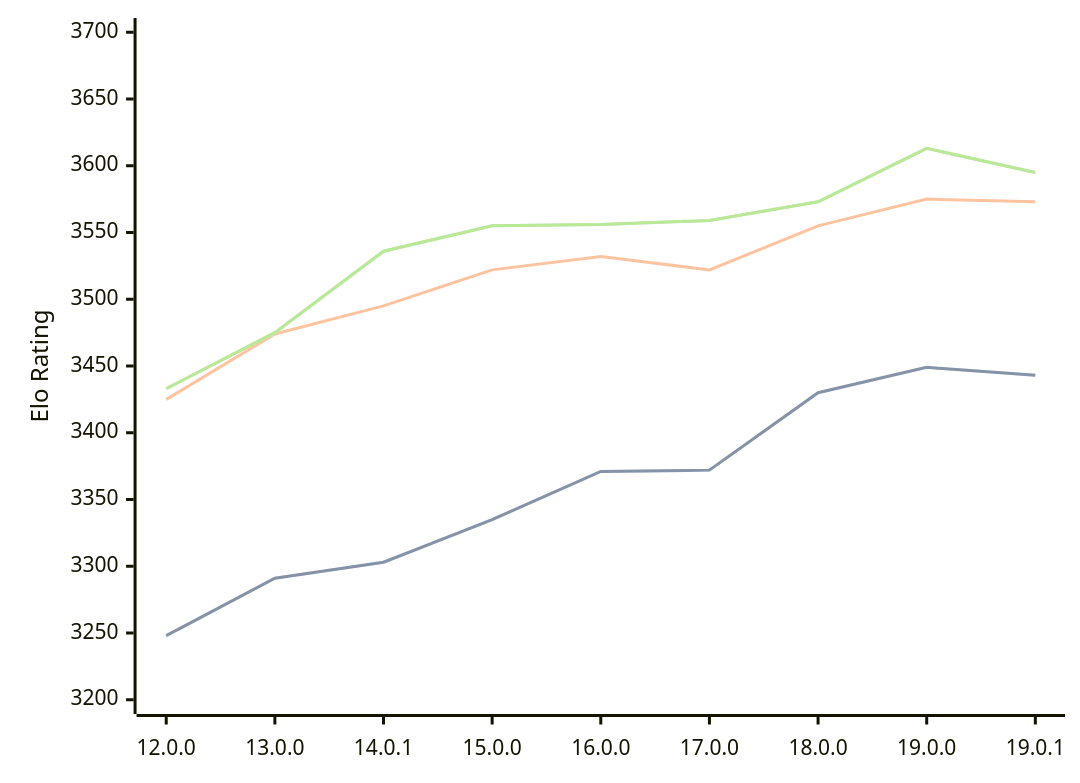
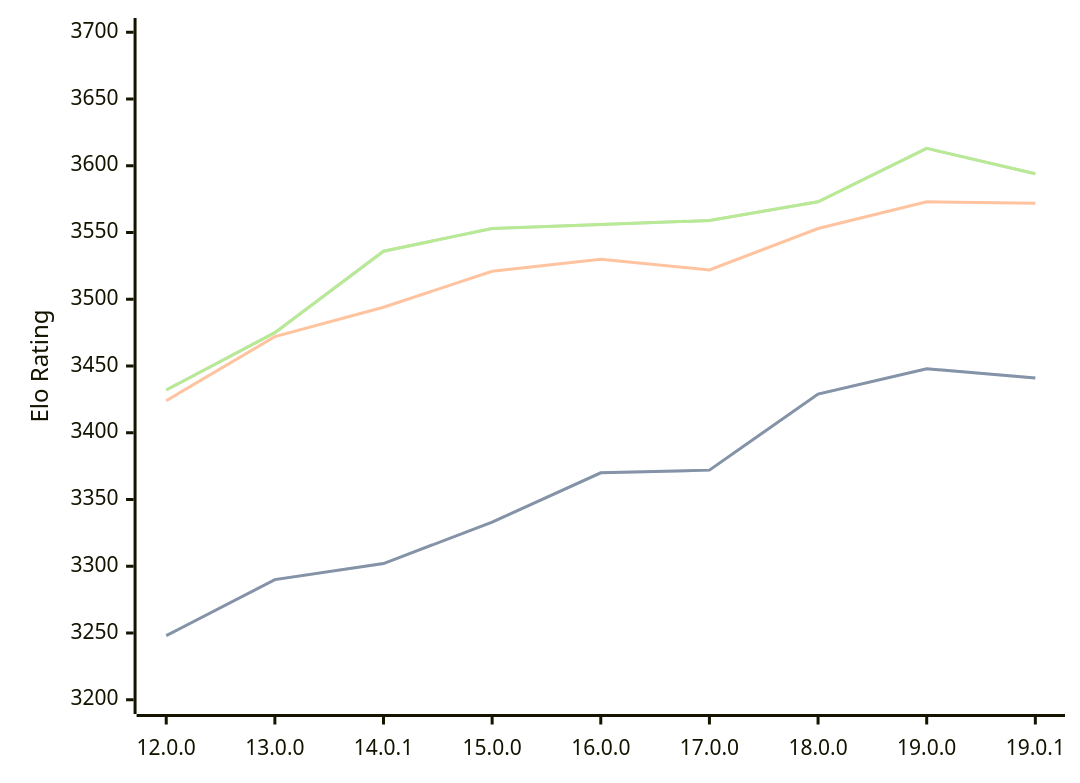
Before and after one commit to computer-chess-index/cci: the diagram in engines/Viridithas.md, drawn with Mermaid. The commit also changed other lines of this file, not shown here.

Commit message:
Update CCI Ratings (ELO VLTC) - 2026-03-07

````diff
--- a/engines/Viridithas.md
+++ b/engines/Viridithas.md
@@ -61,11 +61,11 @@
 ```mermaid
 %%{init: {"theme":"base","themeVariables":{"seriesColors:['#a3a3a3','#222221','#faa371']}}}%%
 xychart-beta
   x-axis ["12.0.0", "13.0.0", "14.0.1", "15.0.0", "16.0.0", "17.0.0", "18.0.0", "19.0.0", "19.0.1"]
   y-axis "Elo Rating" 3200 --> 3700
-  line "STC (8.0+0.08s)" [3248, 3291, 3303, 3335, 3371, 3372, 3430, 3449, 3443]
-  line "STC (8.0+0.08s)" [3248, 3291, 3303, 3335, 3371, 3372, 3430, 3449, 3443]
-  line "LTC (60.0+0.60s)" [3425, 3474, 3495, 3522, 3532, 3522, 3555, 3575, 3573]
-  line "VLTC (2m24s+1.12s)" [3433, 3475, 3536, 3555, 3556, 3559, 3573, 3613, 3595]
-  line "VLTC (2m24s+1.12s)" [3433, 3475, 3536, 3555, 3556, 3559, 3573, 3613, 3595]
+  line "STC (8.0+0.08s)" [3248, 3290, 3302, 3333, 3370, 3372, 3429, 3448, 3441]
+  line "STC (8.0+0.08s)" [3248, 3290, 3302, 3333, 3370, 3372, 3429, 3448, 3441]
+  line "LTC (60.0+0.60s)" [3424, 3472, 3494, 3521, 3530, 3522, 3553, 3573, 3572]
+  line "VLTC (2m24s+1.12s)" [3432, 3475, 3536, 3553, 3556, 3559, 3573, 3613, 3594]
+  line "VLTC (2m24s+1.12s)" [3432, 3475, 3536, 3553, 3556, 3559, 3573, 3613, 3594]
 ```
````
